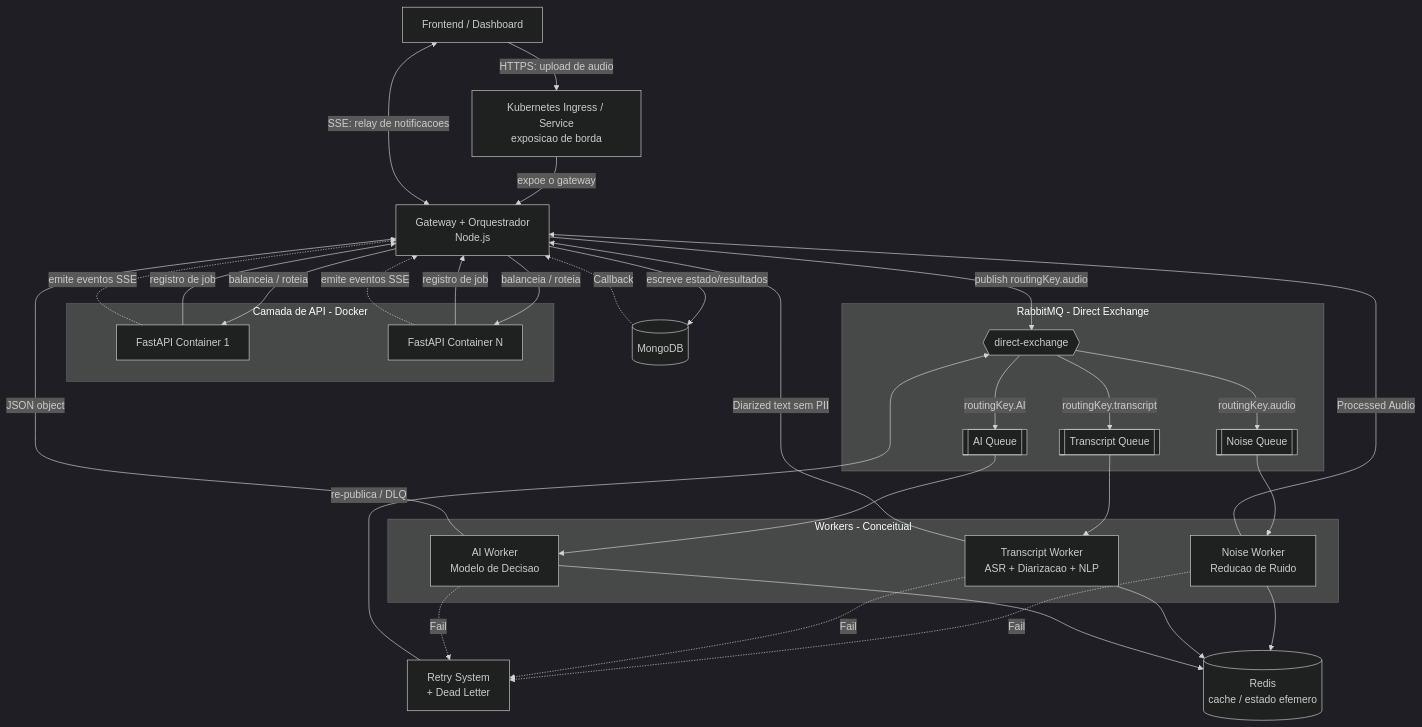
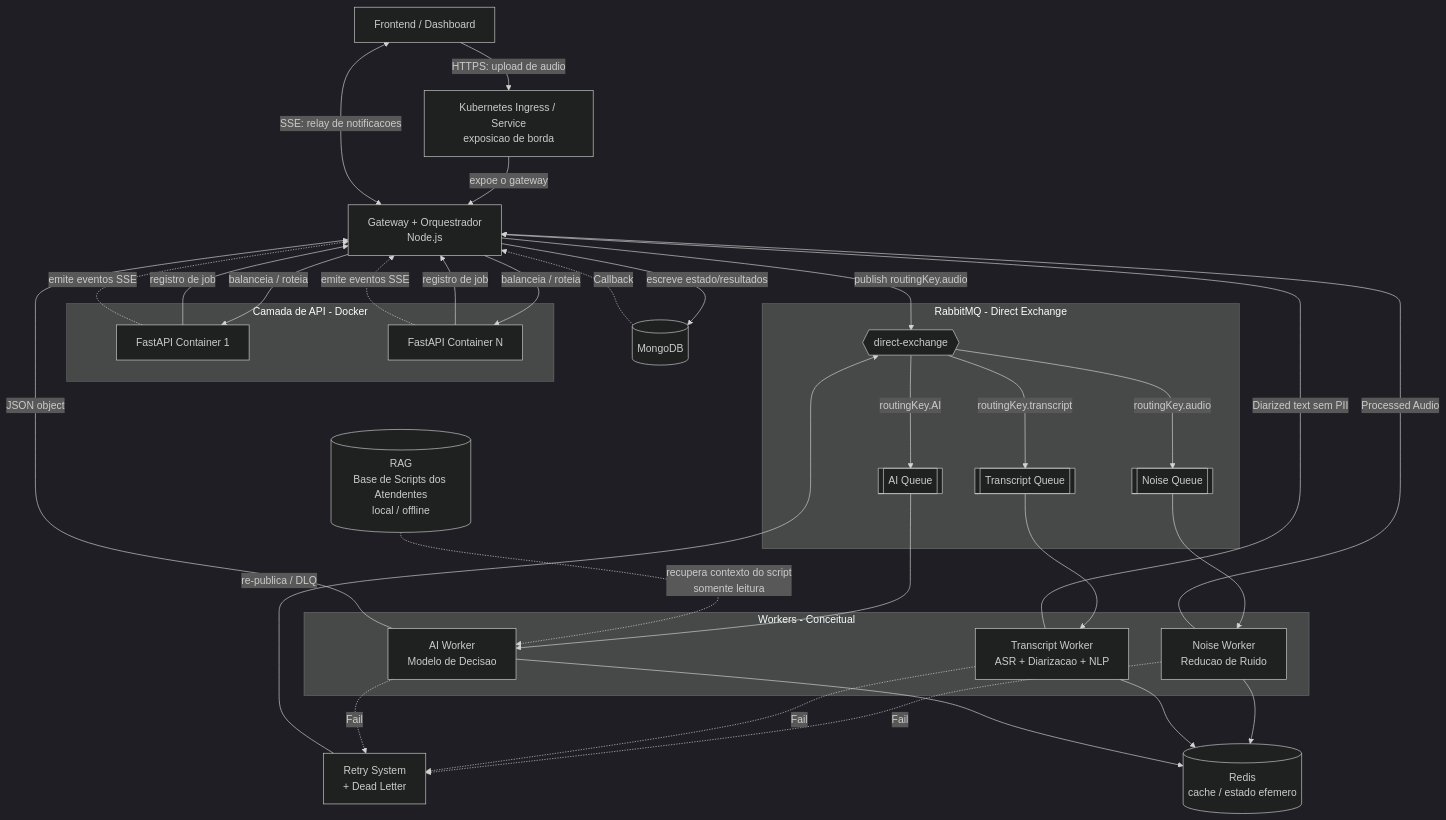
One commit to BrunoBianchi/midea-speech-to-text changed the second of 5 diagrams in .kiro/specs/system-design/design.md. Above: the diagram before and after it, drawn with Mermaid (dark theme). The commit also changed other lines of this file and 3 other files, not shown here.

````diff
--- a/.kiro/specs/system-design/design.md
+++ b/.kiro/specs/system-design/design.md
@@ -59,63 +59,67 @@
 ```mermaid
 graph TD
     FE[Frontend / Dashboard]
     ING[Kubernetes Ingress / Service<br/>exposicao de borda]
     GW[Gateway + Orquestrador<br/>Node.js]
 
     subgraph API_TIER[Camada de API - Docker]
         API1[FastAPI Container 1]
         API2[FastAPI Container N]
     end
 
     MONGO[(MongoDB)]
 
     subgraph MQ[RabbitMQ - Direct Exchange]
         EX{{direct-exchange}}
         QN[[Noise Queue]]
         QT[[Transcript Queue]]
         QA[[AI Queue]]
     end
 
     subgraph WORKERS[Workers - Conceitual]
         WN[Noise Worker<br/>Reducao de Ruido]
         WT[Transcript Worker<br/>ASR + Diarizacao + NLP]
         WA[AI Worker<br/>Modelo de Decisao]
     end
 
+    RAG[(RAG<br/>Base de Scripts dos Atendentes<br/>local / offline)]
+
     RETRY[Retry System<br/>+ Dead Letter]
     REDIS[(Redis<br/>cache / estado efemero)]
 
     FE -->|HTTPS: upload de audio| ING
     ING -->|expoe o gateway| GW
     GW -->|balanceia / roteia| API1
     GW -->|balanceia / roteia| API2
     API1 -->|registro de job| GW
     API2 -->|registro de job| GW
     GW <-->|SSE: relay de notificacoes| FE
     API1 -.->|emite eventos SSE| GW
     API2 -.->|emite eventos SSE| GW
 
     GW -->|publish routingKey.audio| EX
     EX -->|routingKey.audio| QN
     EX -->|routingKey.transcript| QT
     EX -->|routingKey.AI| QA
 
     QN --> WN
     QT --> WT
     QA --> WA
 
+    RAG -.->|recupera contexto do script<br/>somente leitura| WA
+
     WN -->|Processed Audio| GW
     WT -->|Diarized text sem PII| GW
     WA -->|JSON object| GW
 
     WN -. Fail .-> RETRY
     WT -. Fail .-> RETRY
     WA -. Fail .-> RETRY
     RETRY -->|re-publica / DLQ| EX
 
     GW -->|escreve estado/resultados| MONGO
     WN --> REDIS
     WT --> REDIS
     WA --> REDIS
     MONGO -.->|Callback| GW
 ```
````
